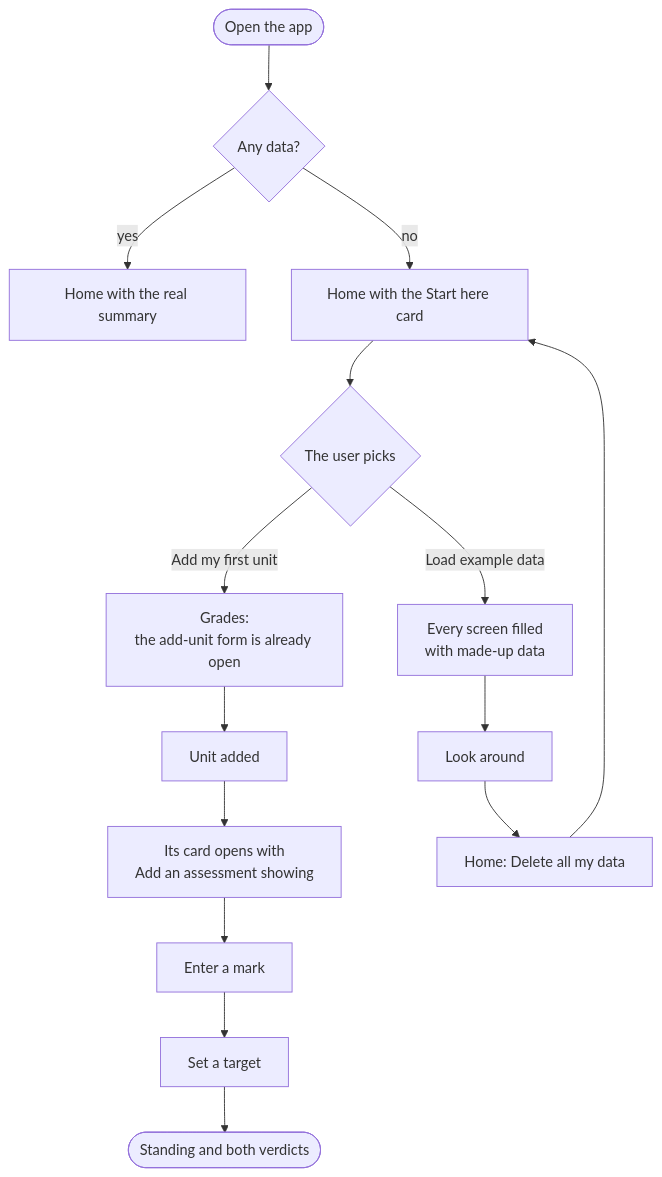
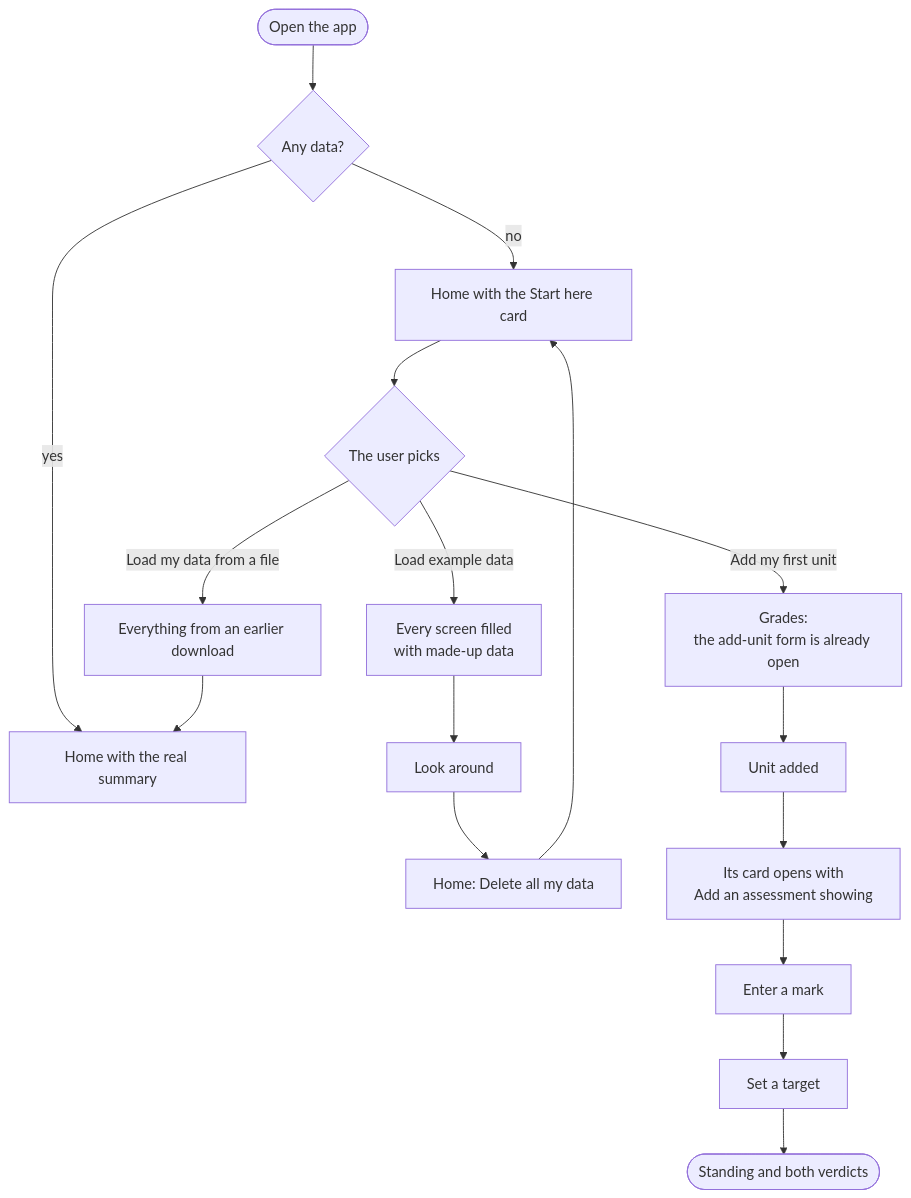
Before and after one commit to sih2006/Everything-A-Monash-Malaysia-Student-Would-Need: the second of 6 diagrams in docs/02-design/app-flow.md, drawn with Mermaid. The commit also changed other lines of this file and 30 other files, not shown here.

````diff
--- a/docs/02-design/app-flow.md
+++ b/docs/02-design/app-flow.md
@@ -45,17 +47,19 @@
 ```mermaid
 flowchart TD
   open([Open the app]) --> empty{Any data?}
   empty -- yes --> home[Home with the real summary]
   empty -- no --> start[Home with the Start here card]
   start --> choice{The user picks}
   choice -- Add my first unit --> gradesEmpty[Grades:<br/>the add-unit form is already open]
   choice -- Load example data --> demo[Every screen filled<br/>with made-up data]
+  choice -- Load my data from a file --> restored[Everything from an earlier download]
   demo --> look[Look around]
   look --> wipe[Home: Delete all my data]
   wipe --> start
+  restored --> home
   gradesEmpty --> unit[Unit added]
   unit --> assess[Its card opens with<br/>Add an assessment showing]
   assess --> mark[Enter a mark]
   mark --> target[Set a target]
   target --> verdict([Standing and both verdicts])
 ```
````
